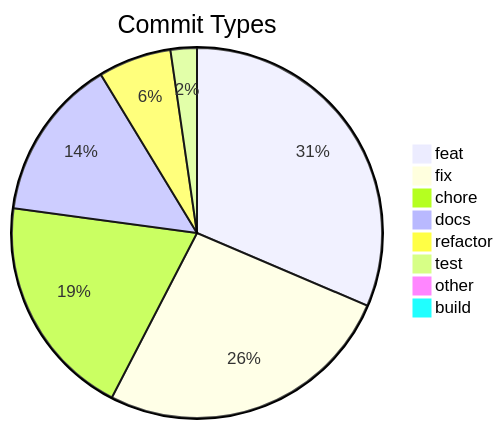
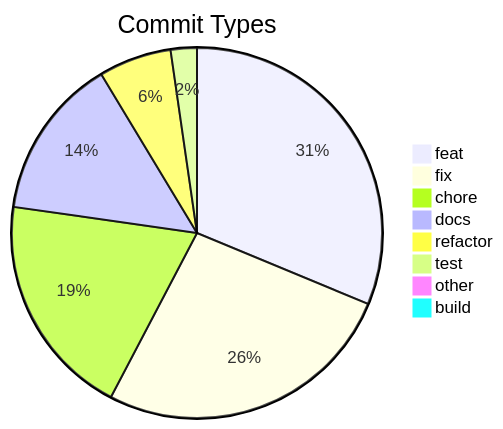
The diagram in .shipwright/compliance/change-history.md (svenroth-ai/shipwright), drawn with Mermaid before and after one commit. The commit also changed other lines of this file and 26 other files, not shown here.

````diff
--- a/.shipwright/compliance/change-history.md
+++ b/.shipwright/compliance/change-history.md
@@ -8,11 +8,11 @@
 ```mermaid
 pie title Commit Types
     "feat" : 246
-    "fix" : 205
-    "chore" : 153
+    "fix" : 208
+    "chore" : 154
     "docs" : 111
     "refactor" : 50
     "test" : 18
     "other" : 7
     "build" : 1
 ```
````
